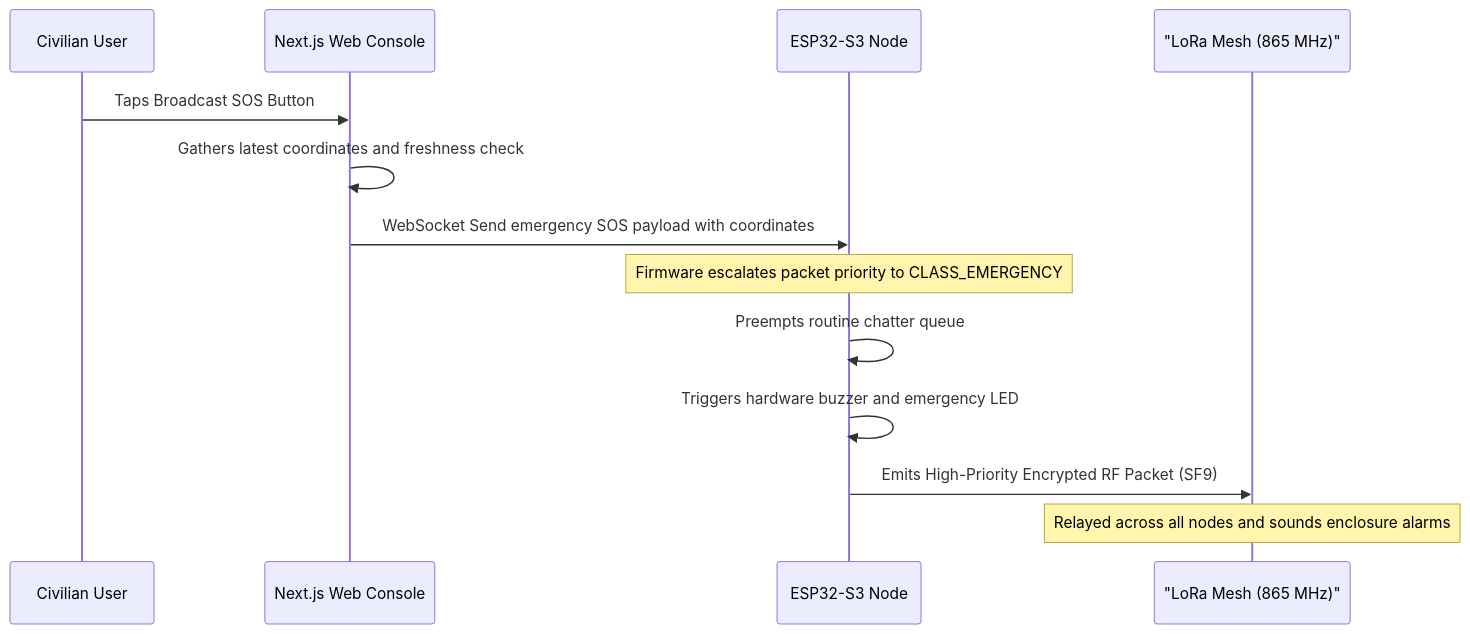
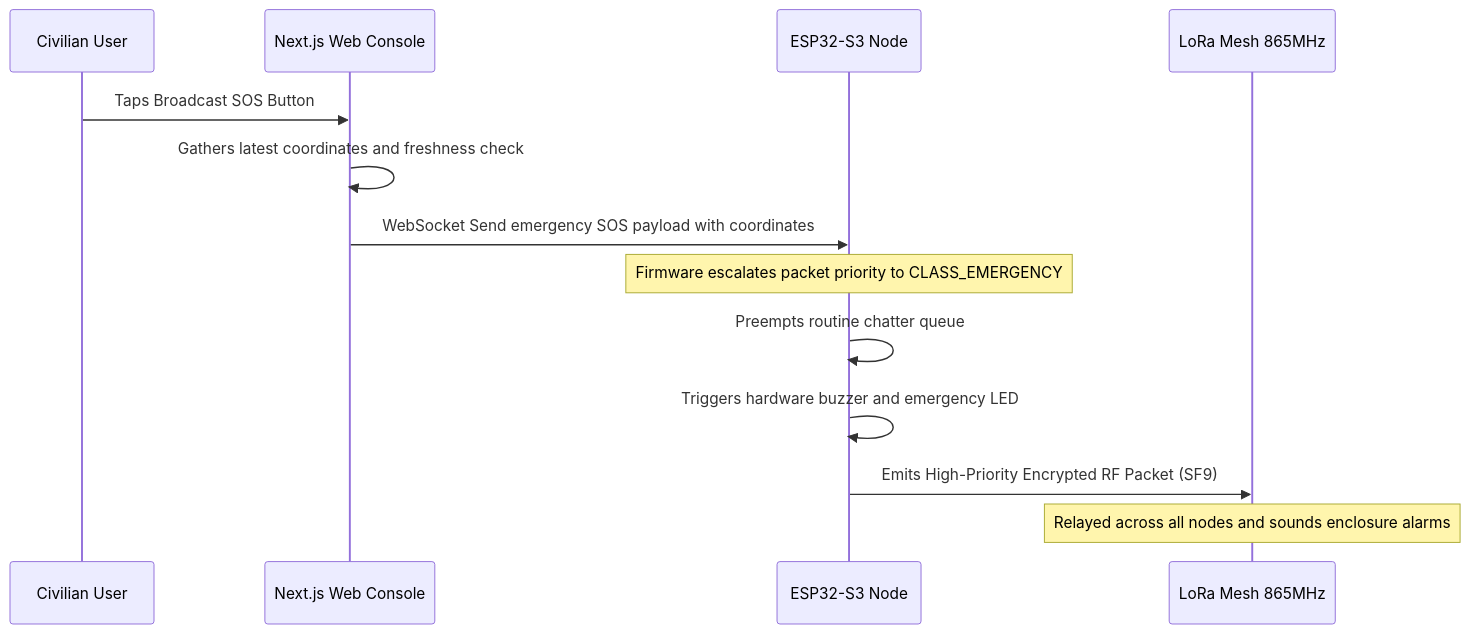
One commit to The-Usual-Idiots/LoRaResQ changed diagram 11 of 11 in BLUEPRINT.md. Above: the diagram before and after it, drawn with Mermaid. The commit also changed other lines of this file and 3 other files, not shown here.

Commit message:
fix(docs): resolve semicolon syntax error and unquote aliases in Section 6.2 sequence diagram

````diff
--- a/BLUEPRINT.md
+++ b/BLUEPRINT.md
@@ -704,16 +705,16 @@
 ```mermaid
 sequenceDiagram
     participant User as Civilian User
     participant PWA as Next.js Web Console
     participant ESP as ESP32-S3 Node
-    participant Mesh as "LoRa Mesh (865 MHz)"
+    participant Mesh as LoRa Mesh 865MHz
 
     User->>PWA: Taps Broadcast SOS Button
     PWA->>PWA: Gathers latest coordinates and freshness check
     PWA->>ESP: WebSocket Send emergency SOS payload with coordinates
     Note over ESP: Firmware escalates packet priority to CLASS_EMERGENCY
     ESP->>ESP: Preempts routine chatter queue
     ESP->>ESP: Triggers hardware buzzer and emergency LED
     ESP->>Mesh: Emits High-Priority Encrypted RF Packet (SF9)
     Note over Mesh: Relayed across all nodes and sounds enclosure alarms
 ```
````
